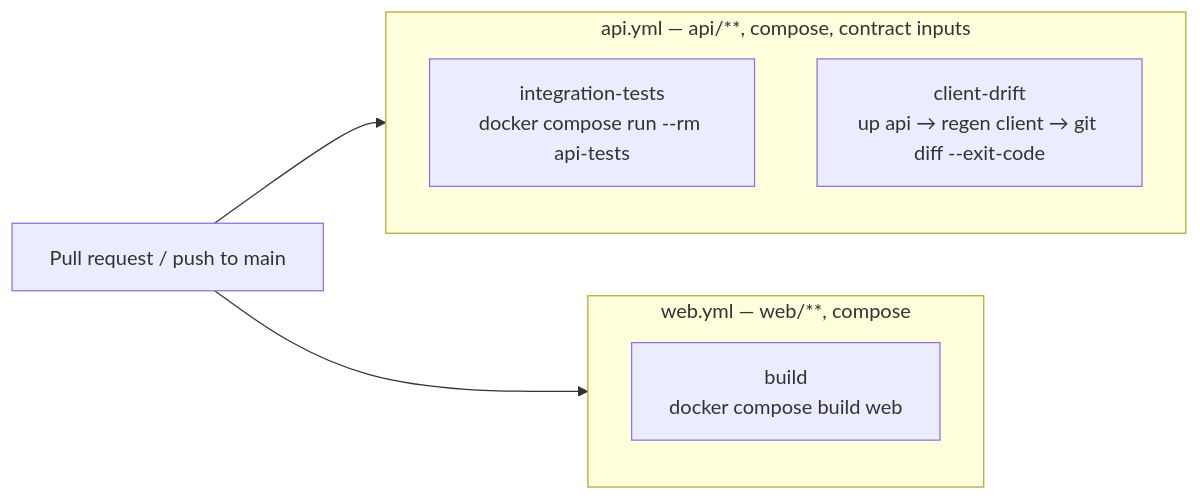
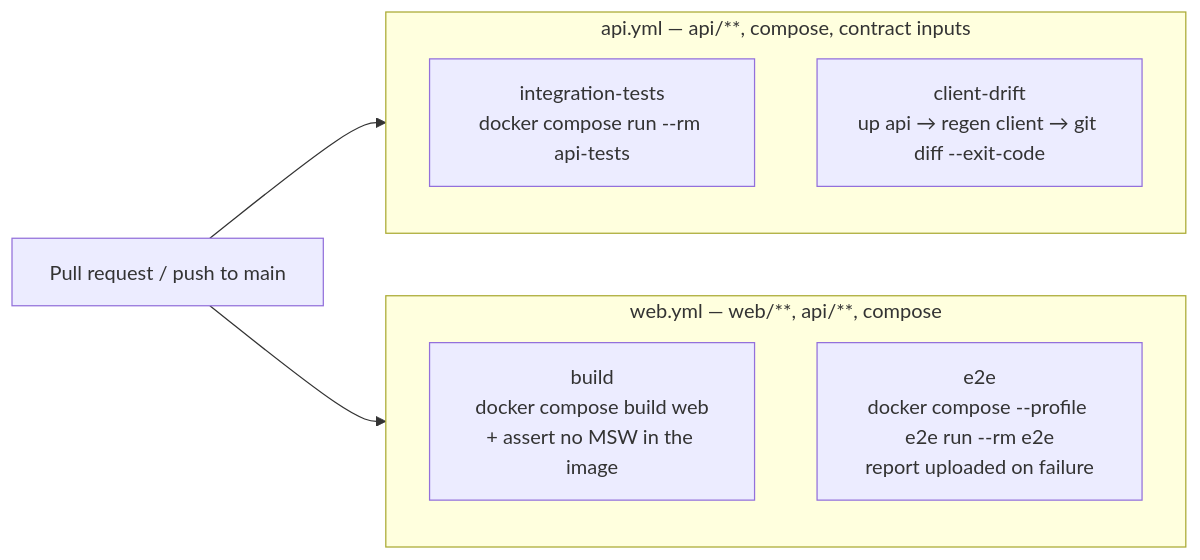
The ninth of 9 diagrams in docs/architecture.md (l1em1on1/social-tennis), drawn with Mermaid before and after one commit. The commit also changed other lines of this file and 63 other files, not shown here.

````diff
--- a/docs/architecture.md
+++ b/docs/architecture.md
@@ -234,11 +300,12 @@
 ```mermaid
 flowchart LR
     subgraph apiwf ["api.yml — api/**, compose, contract inputs"]
         T1["integration-tests<br/>docker compose run --rm api-tests"]
         T2["client-drift<br/>up api → regen client → git diff --exit-code"]
     end
-    subgraph webwf ["web.yml — web/**, compose"]
-        T3["build<br/>docker compose build web"]
+    subgraph webwf ["web.yml — web/**, api/**, compose"]
+        T3["build<br/>docker compose build web<br/>+ assert no MSW in the image"]
+        T4["e2e<br/>docker compose --profile e2e run --rm e2e<br/>report uploaded on failure"]
     end
     PR[Pull request / push to main] --> apiwf & webwf
 ```
````
